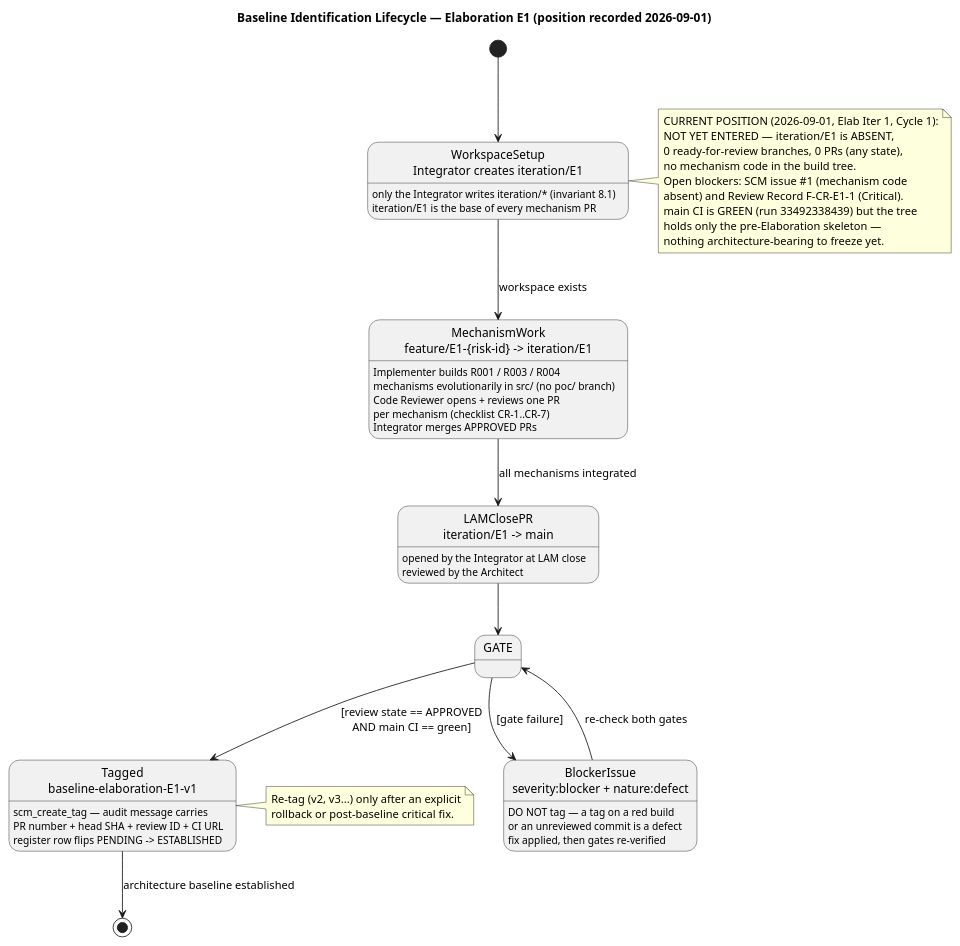
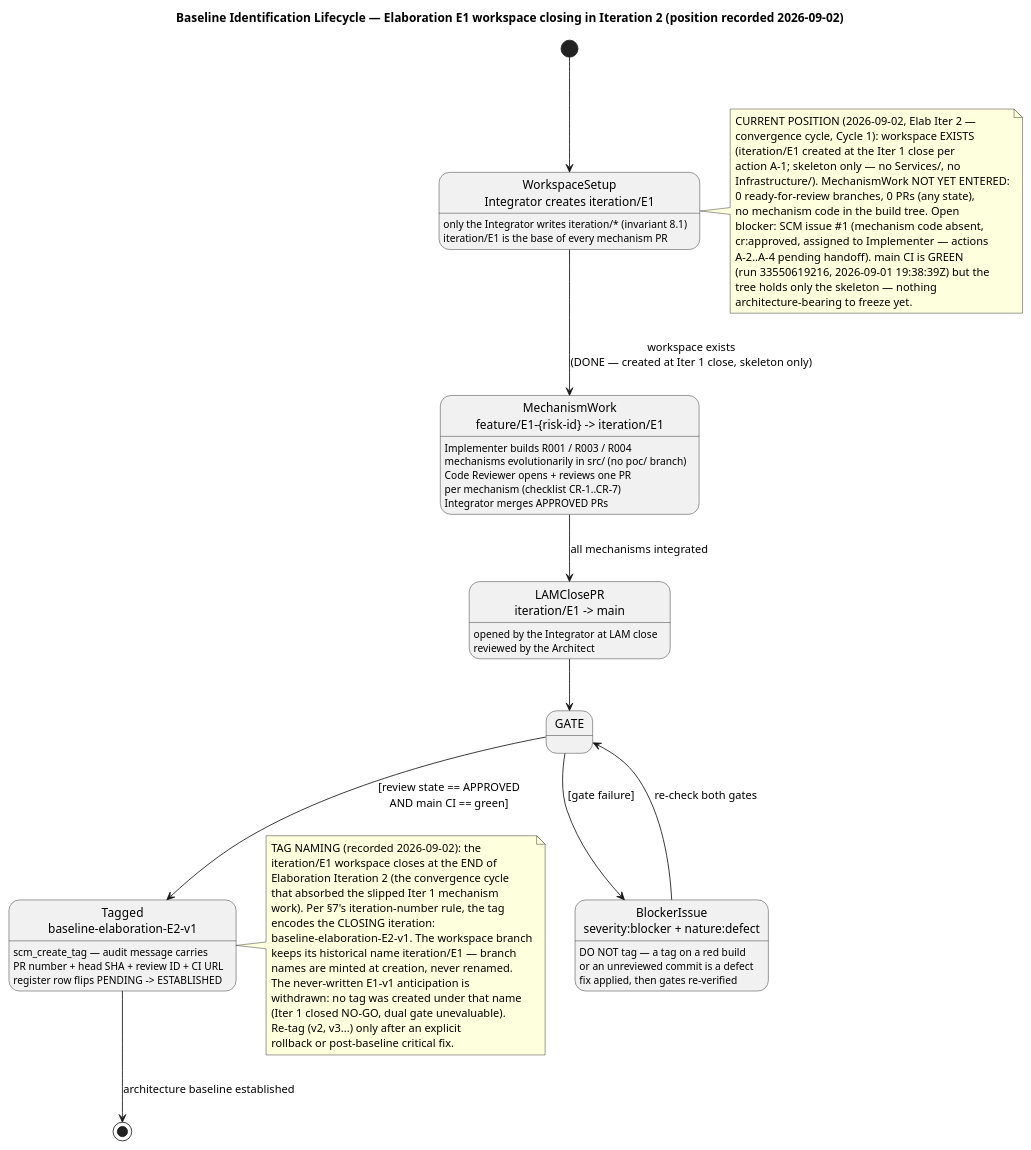
The second of 4 diagrams in docs/BRANCHING_STRATEGY.md (banense-test/employee-portal), drawn with PlantUML before and after one commit. The commit also changed other lines of this file, not shown here.

Commit message:
docs: BRANCHING_STRATEGY — refresh baseline position record to verified 2026-09-02 SCM state; reconcile E1-workspace close to tag baseline-elaboration-E2-v1 (Elab Iter 2 convergence cycle); withdraw never-written E1-v1 register anticipation (CM, Elab Iter 2 Cycle 1)

````diff
--- a/docs/BRANCHING_STRATEGY.md
+++ b/docs/BRANCHING_STRATEGY.md
@@ -161,57 +161,73 @@
 ```plantuml
 @startuml
-title Baseline Identification Lifecycle — Elaboration E1 (position recorded 2026-09-01)
+title Baseline Identification Lifecycle — Elaboration E1 workspace closing in Iteration 2 (position recorded 2026-09-02)
 
 [*] --> WS
 state "WorkspaceSetup\nIntegrator creates iteration/E1" as WS {
   WS : only the Integrator writes iteration/* (invariant 8.1)
   WS : iteration/E1 is the base of every mechanism PR
 }
-WS --> MW : workspace exists
+WS --> MW : workspace exists\n(DONE — created at Iter 1 close, skeleton only)
 state "MechanismWork\nfeature/E1-{risk-id} -> iteration/E1" as MW {
   MW : Implementer builds R001 / R003 / R004
   MW : mechanisms evolutionarily in src/ (no poc/ branch)
   MW : Code Reviewer opens + reviews one PR
   MW : per mechanism (checklist CR-1..CR-7)
   MW : Integrator merges APPROVED PRs
 }
 MW --> LAM : all mechanisms integrated
 state "LAMClosePR\niteration/E1 -> main" as LAM {
   LAM : opened by the Integrator at LAM close
   LAM : reviewed by the Architect
 }
 LAM --> GATE
 state GATE <<choice>>
 GATE --> TAG : [review state == APPROVED\nAND main CI == green]
 GATE --> BLK : [gate failure]
-state "Tagged\nbaseline-elaboration-E1-v1" as TAG {
+state "Tagged\nbaseline-elaboration-E2-v1" as TAG {
   TAG : scm_create_tag — audit message carries
   TAG : PR number + head SHA + review ID + CI URL
   TAG : register row flips PENDING -> ESTABLISHED
 }
 state "BlockerIssue\nseverity:blocker + nature:defect" as BLK {
   BLK : DO NOT tag — a tag on a red build
   BLK : or an unreviewed commit is a defect
   BLK : fix applied, then gates re-verified
 }
 BLK --> GATE : re-check both gates
 TAG --> [*] : architecture baseline established
 
 note right of WS
-  CURRENT POSITION (2026-09-01, Elab Iter 1, Cycle 1):
-  NOT YET ENTERED — iteration/E1 is ABSENT,
+  CURRENT POSITION (2026-09-02, Elab Iter 2 —
+  convergence cycle, Cycle 1): workspace EXISTS
+  (iteration/E1 created at the Iter 1 close per
+  action A-1; skeleton only — no Services/, no
+  Infrastructure/). MechanismWork NOT YET ENTERED:
   0 ready-for-review branches, 0 PRs (any state),
-  no mechanism code in the build tree.
-  Open blockers: SCM issue #1 (mechanism code
-  absent) and Review Record F-CR-E1-1 (Critical).
-  main CI is GREEN (run 33492338439) but the tree
-  holds only the pre-Elaboration skeleton —
-  nothing architecture-bearing to freeze yet.
+  no mechanism code in the build tree. Open
+  blocker: SCM issue #1 (mechanism code absent,
+  cr:approved, assigned to Implementer — actions
+  A-2..A-4 pending handoff). main CI is GREEN
+  (run 33550619216, 2026-09-01 19:38:39Z) but the
+  tree holds only the skeleton — nothing
+  architecture-bearing to freeze yet.
 end note
 
 note right of TAG
+  TAG NAMING (recorded 2026-09-02): the
+  iteration/E1 workspace closes at the END of
+  Elaboration Iteration 2 (the convergence cycle
+  that absorbed the slipped Iter 1 mechanism
+  work). Per §7's iteration-number rule, the tag
+  encodes the CLOSING iteration:
+  baseline-elaboration-E2-v1. The workspace branch
+  keeps its historical name iteration/E1 — branch
+  names are minted at creation, never renamed.
+  The never-written E1-v1 anticipation is
+  withdrawn: no tag was created under that name
+  (Iter 1 closed NO-GO, dual gate unevaluable).
   Re-tag (v2, v3...) only after an explicit
   rollback or post-baseline critical fix.
 end note
 @enduml
 ```
````
